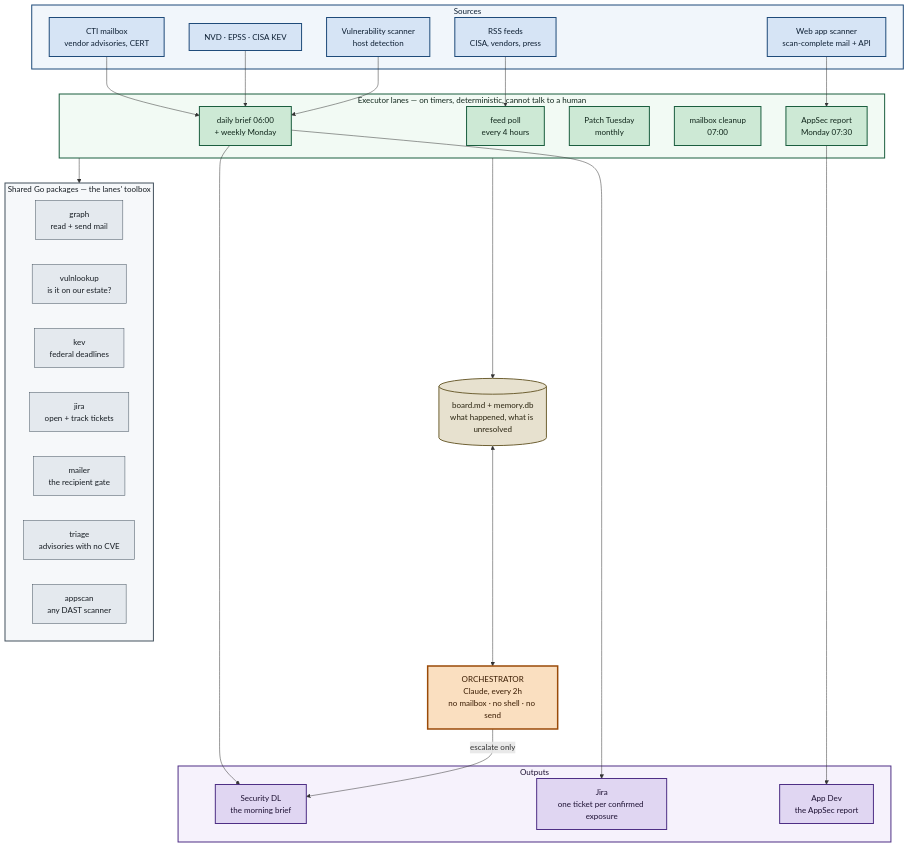
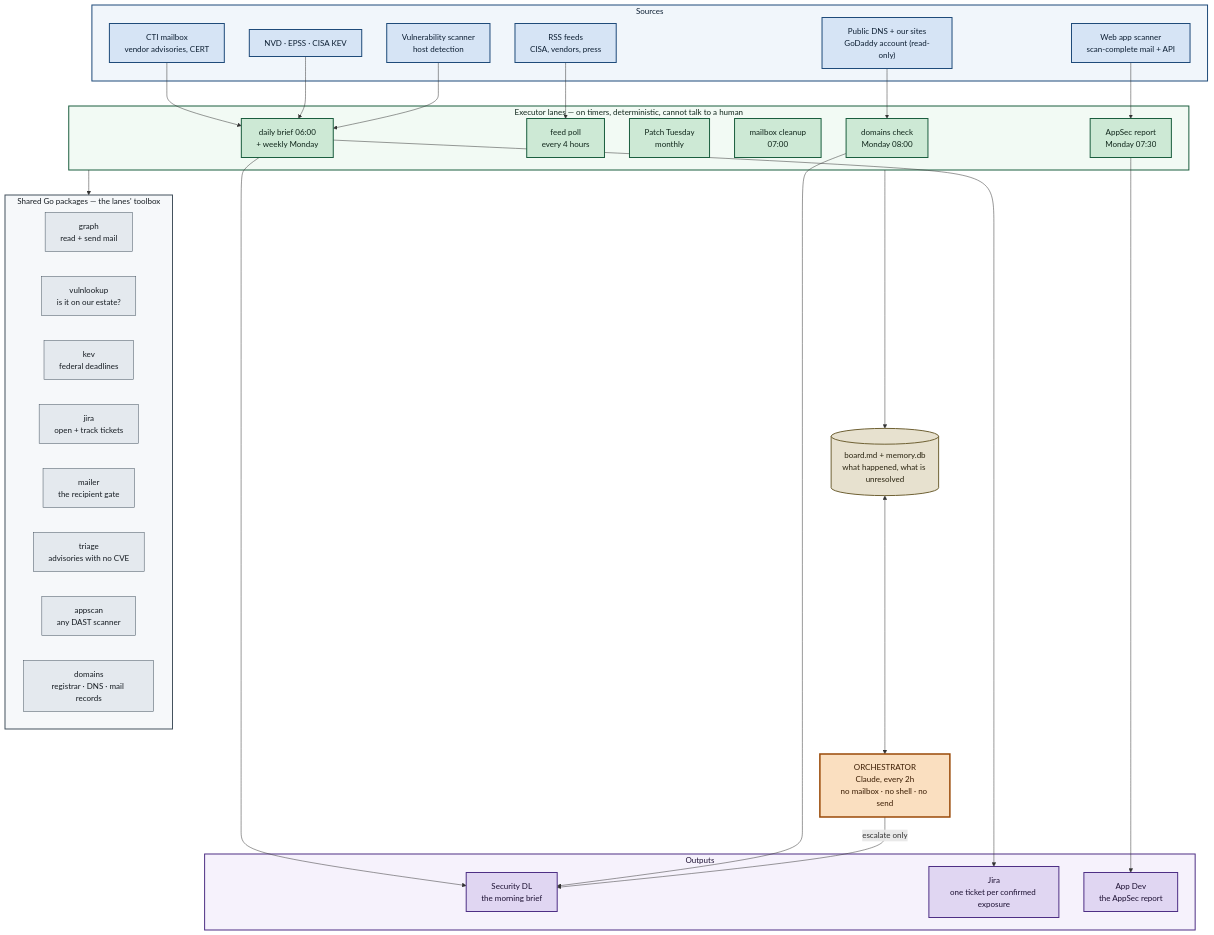
Before and after one commit to zany2dmax/cti-agent: the second of 2 diagrams in ARCHITECTURE.md, drawn with Mermaid. The commit also changed other lines of this file and 34 other files, not shown here.

Commit message:
cti-domains: weekly domains check (registrar, DNS, web, mail records)

````diff
--- a/ARCHITECTURE.md
+++ b/ARCHITECTURE.md
@@ -118,69 +118,74 @@
 ```mermaid
 flowchart TB
     subgraph SRC["Sources"]
         MBX["CTI mailbox<br/>vendor advisories, CERT"]
         FEEDS["RSS feeds<br/>CISA, vendors, press"]
         NVD["NVD · EPSS · CISA KEV"]
         QUALYS["Vulnerability scanner<br/>host detection"]
         DAST["Web app scanner<br/>scan-complete mail + API"]
+        DNSREG["Public DNS + our sites<br/>GoDaddy account (read-only)"]
     end
 
     subgraph LANES["Executor lanes — on timers, deterministic, cannot talk to a human"]
         DIGEST["daily brief 06:00<br/>+ weekly Monday"]
         SCOUT["feed poll<br/>every 4 hours"]
         PT["Patch Tuesday<br/>monthly"]
         CLEAN["mailbox cleanup<br/>07:00"]
         APPSEC["AppSec report<br/>Monday 07:30"]
+        DOMS["domains check<br/>Monday 08:00"]
     end
 
     subgraph GO["Shared Go packages — the lanes' toolbox"]
         direction LR
         P1["graph<br/>read + send mail"]
         P2["vulnlookup<br/>is it on our estate?"]
         P3["kev<br/>federal deadlines"]
         P4["jira<br/>open + track tickets"]
         P5["mailer<br/>the recipient gate"]
         P6["triage<br/>advisories with no CVE"]
         P7["appscan<br/>any DAST scanner"]
+        P8["domains<br/>registrar · DNS · mail records"]
     end
 
     subgraph OUT["Outputs"]
         EMAIL["Security DL<br/>the morning brief"]
         TICKET["Jira<br/>one ticket per confirmed exposure"]
         APPDEV["App Dev<br/>the AppSec report"]
     end
 
     ORCH2["ORCHESTRATOR<br/>Claude, every 2h<br/>no mailbox · no shell · no send"]
     STATE[("board.md + memory.db<br/>what happened, what is unresolved")]
 
     MBX --> DIGEST
     FEEDS --> SCOUT
     NVD --> DIGEST
     QUALYS --> DIGEST
     DAST --> APPSEC
+    DNSREG --> DOMS
     LANES --> GO
     DIGEST --> EMAIL
     DIGEST --> TICKET
     APPSEC --> APPDEV
+    DOMS --> EMAIL
     LANES --> STATE
     STATE <--> ORCH2
     ORCH2 -->|"escalate only"| EMAIL
 
     %% Same reasoning as the first diagram: no node is left to the theme.
     classDef source fill:#d6e4f5,stroke:#1f4b7a,stroke-width:2px,color:#0d1f33
     classDef lane   fill:#cde9d5,stroke:#1b5e3f,stroke-width:2px,color:#10261b
     classDef pkg    fill:#e4e9ee,stroke:#44525e,stroke-width:1px,color:#161c22
     classDef out    fill:#e0d6f2,stroke:#4e2f85,stroke-width:2px,color:#1d1133
     classDef orch   fill:#fadfc0,stroke:#9a4a08,stroke-width:3px,color:#3a1c02
     classDef store  fill:#e7e1cf,stroke:#6f6134,stroke-width:2px,color:#2a2410
-    class MBX,FEEDS,NVD,QUALYS,DAST source
-    class DIGEST,SCOUT,PT,CLEAN,APPSEC lane
-    class P1,P2,P3,P4,P5,P6,P7 pkg
+    class MBX,FEEDS,NVD,QUALYS,DAST,DNSREG source
+    class DIGEST,SCOUT,PT,CLEAN,APPSEC,DOMS lane
+    class P1,P2,P3,P4,P5,P6,P7,P8 pkg
     class EMAIL,TICKET,APPDEV out
     class ORCH2 orch
     class STATE store
     style SRC   fill:#f1f6fb,stroke:#1f4b7a,stroke-width:2px,color:#0d1f33
     style LANES fill:#f2faf4,stroke:#1b5e3f,stroke-width:2px,color:#10261b
     style GO    fill:#f6f8fa,stroke:#44525e,stroke-width:2px,color:#161c22
     style OUT   fill:#f6f2fc,stroke:#4e2f85,stroke-width:2px,color:#1d1133
 ```
````
